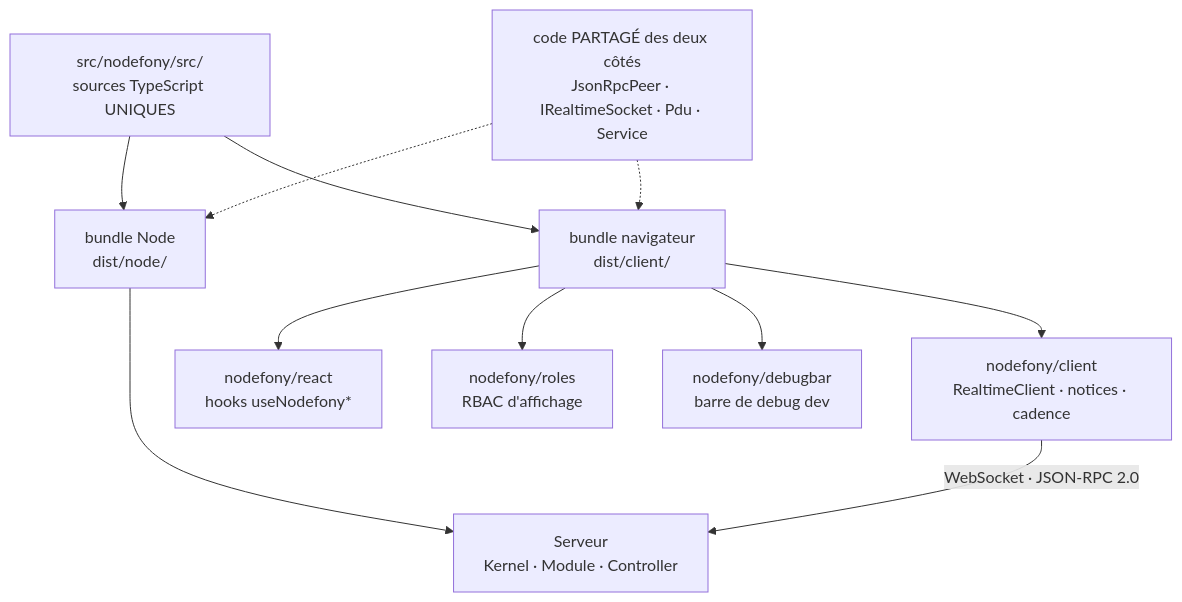
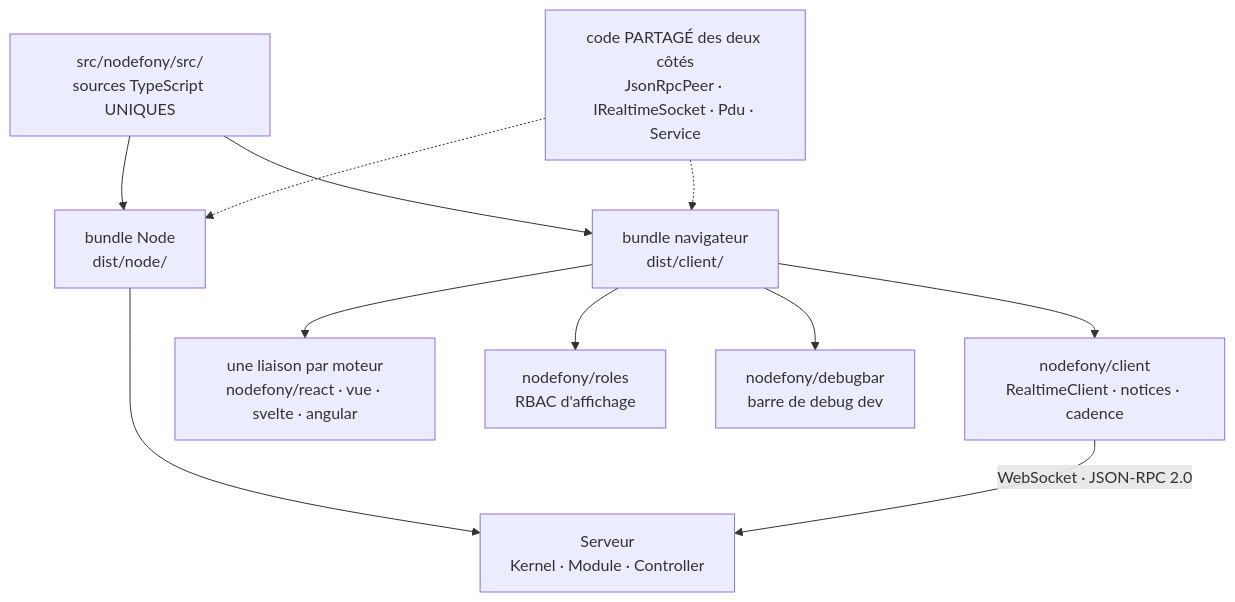
One commit to nodefony/nodefony-core changed the first of 2 diagrams in src/nodefony/docs/client.md. Above: the diagram before and after it, drawn with Mermaid. The commit also changed other lines of this file and 10 other files, not shown here.

````diff
--- a/src/nodefony/docs/client.md
+++ b/src/nodefony/docs/client.md
@@ -51,15 +52,15 @@
 ```mermaid
 flowchart TD
   SRC["src/nodefony/src/<br/>sources TypeScript UNIQUES"]
   SRC --> NB["bundle Node<br/>dist/node/"]
   SRC --> CB["bundle navigateur<br/>dist/client/"]
   NB --> SERV["Serveur<br/>Kernel · Module · Controller"]
   CB --> C1["nodefony/client<br/>RealtimeClient · notices · cadence"]
-  CB --> C2["nodefony/react<br/>hooks useNodefony*"]
+  CB --> C2["une liaison par moteur<br/>nodefony/react · vue · svelte · angular"]
   CB --> C3["nodefony/roles<br/>RBAC d'affichage"]
   CB --> C4["nodefony/debugbar<br/>barre de debug dev"]
   C1 -->|"WebSocket · JSON-RPC 2.0"| SERV
   SHARED["code PARTAGÉ des deux côtés<br/>JsonRpcPeer · IRealtimeSocket · Pdu · Service"]
   SHARED -.-> NB
   SHARED -.-> CB
 ```
````
